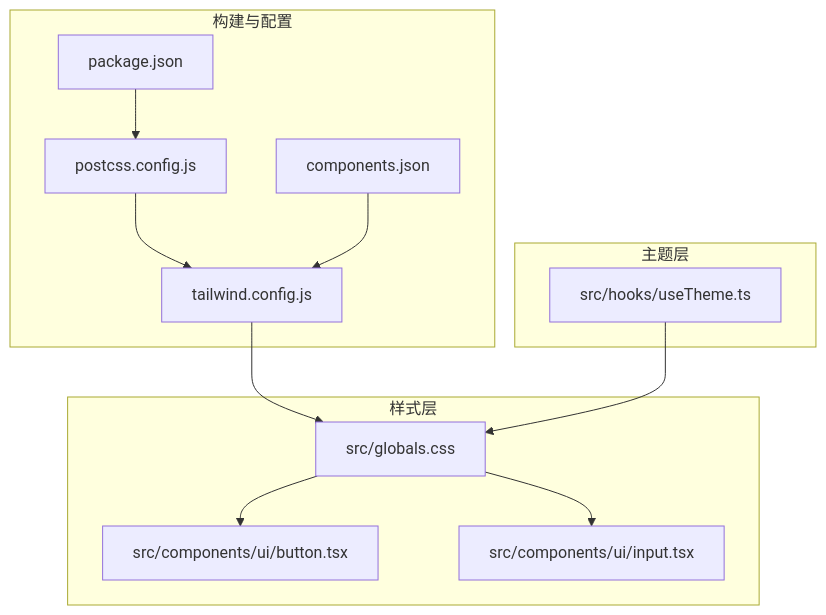
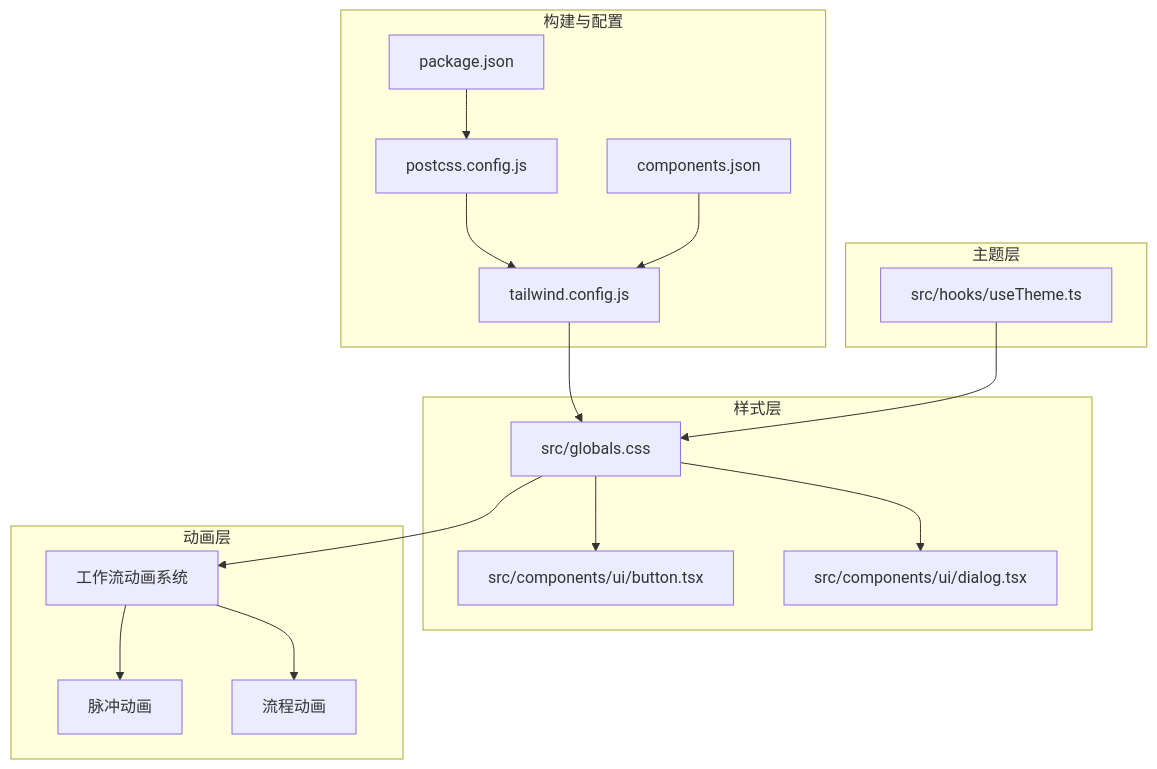
The first of 6 diagrams in .qoder/repowiki/zh/content/WebUI前端系统/样式与主题系统.md (gongzeq/VAPT3), drawn with Mermaid before and after one commit. The commit also changed other lines of this file and 33 other files, not shown here.

````diff
--- a/.qoder/repowiki/zh/content/WebUI前端系统/样式与主题系统.md
+++ b/.qoder/repowiki/zh/content/WebUI前端系统/样式与主题系统.md
@@ -38,23 +49,31 @@
 ```mermaid
 graph TB
 subgraph "构建与配置"
 P["package.json"]
 PC["postcss.config.js"]
 TW["tailwind.config.js"]
 CJ["components.json"]
 end
 subgraph "样式层"
 GC["src/globals.css"]
 BTN["src/components/ui/button.tsx"]
-INP["src/components/ui/input.tsx"]
+DLG["src/components/ui/dialog.tsx"]
 end
 subgraph "主题层"
 UT["src/hooks/useTheme.ts"]
 end
+subgraph "动画层"
+WF["工作流动画系统"]
+PULSE["脉冲动画"]
+FLOW["流程动画"]
+end
 P --> PC --> TW
 TW --> GC
 GC --> BTN
-GC --> INP
+GC --> DLG
 UT --> GC
 CJ --> TW
+GC --> WF
+WF --> PULSE
+WF --> FLOW
 ```
````
